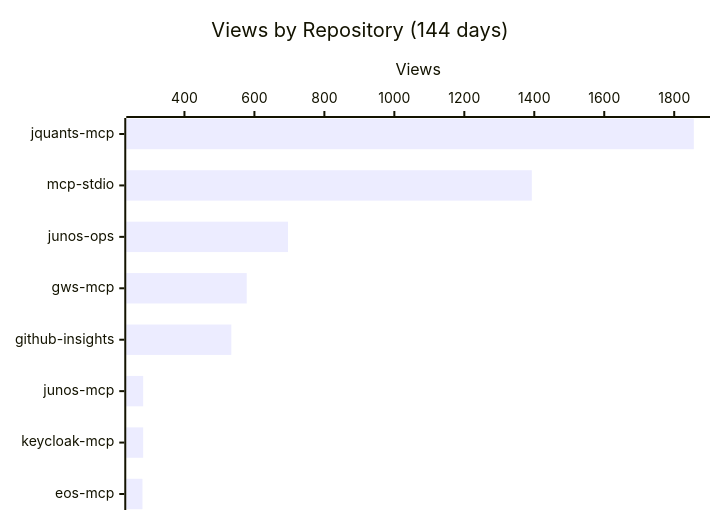
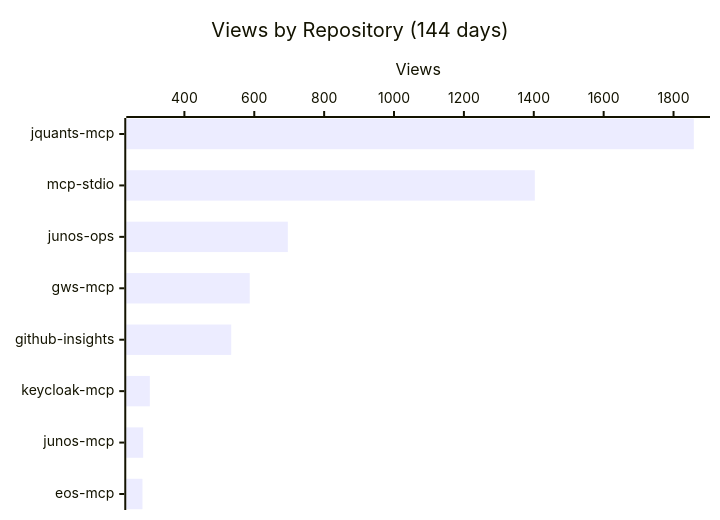
Before and after one commit to shigechika/github-insights: the first of 4 diagrams in README.md, drawn with Mermaid. The commit also changed other lines of this file and 2 other files, not shown here.

````diff
--- a/README.md
+++ b/README.md
@@ -18,7 +18,7 @@
 ```mermaid
 xychart-beta horizontal
     title "Views by Repository (144 days)"
-    x-axis ["jquants-mcp", "mcp-stdio", "junos-ops", "gws-mcp", "github-insights", "junos-mcp", "keycloak-mcp", "eos-mcp"]
+    x-axis ["jquants-mcp", "mcp-stdio", "junos-ops", "gws-mcp", "github-insights", "keycloak-mcp", "junos-mcp", "eos-mcp"]
     y-axis "Views"
-    bar [1856, 1393, 696, 578, 534, 282, 282, 280]
+    bar [1858, 1403, 696, 587, 534, 301, 282, 280]
 ```
````
